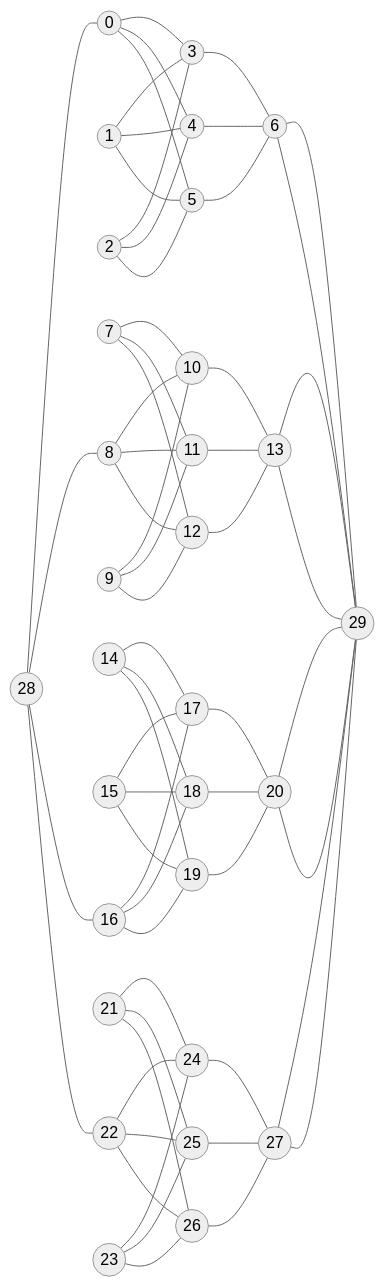
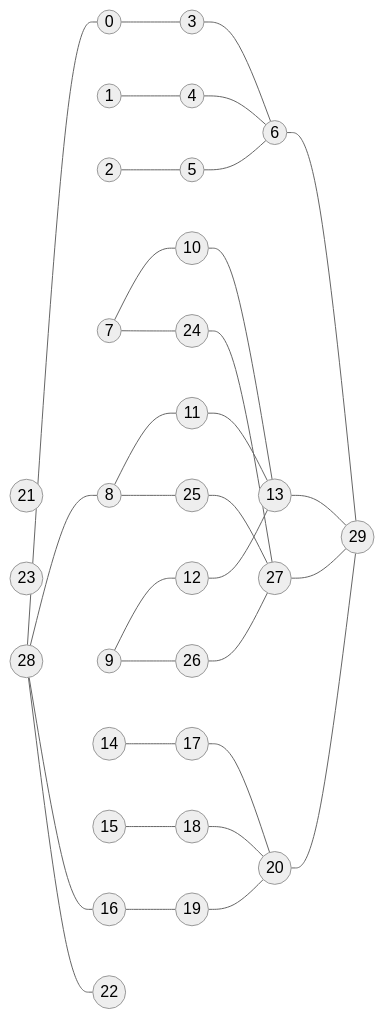
The fifth of 5 diagrams in sem2/AuW/UE/cx/bf/cx12-great-harvest.md (bfeitknecht/vault), drawn with Mermaid (neutral theme) before and after one commit. The commit also changed 1 other file, not shown here.

Commit message:
backup: 2024-07-15T08:53:28+02:00 from MacBook Pro (echo)
Affected files:
.obsidian/vault-stats.json
sem2/AuW/UE/cx/bf/cx12-great-harvest.md

````diff
--- a/sem2/AuW/UE/cx/bf/cx12-great-harvest.md
+++ b/sem2/AuW/UE/cx/bf/cx12-great-harvest.md
@@ -227,53 +227,64 @@
 ```mermaid
 flowchart LR
 
 %%%%%%%%%%%%%%%%%%%%%%%%%%%%%%%%%%%%%%%%%%
 
 ids0v1((0))
 ids0v2((1))
 ids0v3((2))
 idt0v1((3))
 idt0v2((4))
 idt0v3((5))
 idc0((6))
 
 ids1v1((7))
 ids1v2((8))
 ids1v3((9))
 idt1v1((10))
 idt1v2((11))
 idt1v3((12))
 idc1((13))
 
 ids2v1((14))
 ids2v2((15))
 ids2v3((16))
 idt2v1((17))
 idt2v2((18))
 idt2v3((19))
 idc2((20))
 
 ids3v1((21))
 ids3v2((22))
 ids3v3((23))
 idt3v1((24))
 idt3v2((25))
 idt3v3((26))
 idc3((27))
 
 idS((28))
 idT((29))
 
 %%%%%%%%%%%%%%%%%%%%%%%%%%%%%%%%%%%%%%%%%%
 
 idS --- ids0v1 & ids1v2 & ids2v3 & ids3v2
 
-ids0v1 & ids0v2 & ids0v3 --- idt0v1 & idt0v2 & idt0v3 --- idc0 --- idT
-ids1v1 & ids1v2 & ids1v3 --- idt1v1 & idt1v2 & idt1v3 --- idc1 --- idT
-ids2v1 & ids2v2 & ids2v3 --- idt2v1 & idt2v2 & idt2v3 --- idc2 --- idT
-ids3v1 & ids3v2 & ids3v3 --- idt3v1 & idt3v2 & idt3v3 --- idc3 --- idT
+ids0v1 --- idt0v1 --- idc0
+ids0v2 --- idt0v2 --- idc0
+ids0v3 --- idt0v3 --- idc0
+
+ids1v1 --- idt1v1 --- idc1
+ids1v2 --- idt1v2 --- idc1
+ids1v3 --- idt1v3 --- idc1
+
+ids2v1 --- idt2v1 --- idc2
+ids2v2 --- idt2v2 --- idc2
+ids2v3 --- idt2v3 --- idc2
+
+ids1v1 --- idt3v1 --- idc3
+ids1v2 --- idt3v2 --- idc3
+ids1v3 --- idt3v3 --- idc3
 
 idc0 & idc1 & idc2 & idc3 --- idT
 
 %%%%%%%%%%%%%%%%%%%%%%%%%%%%%%%%%%%%%%%%%%
 ```
````
